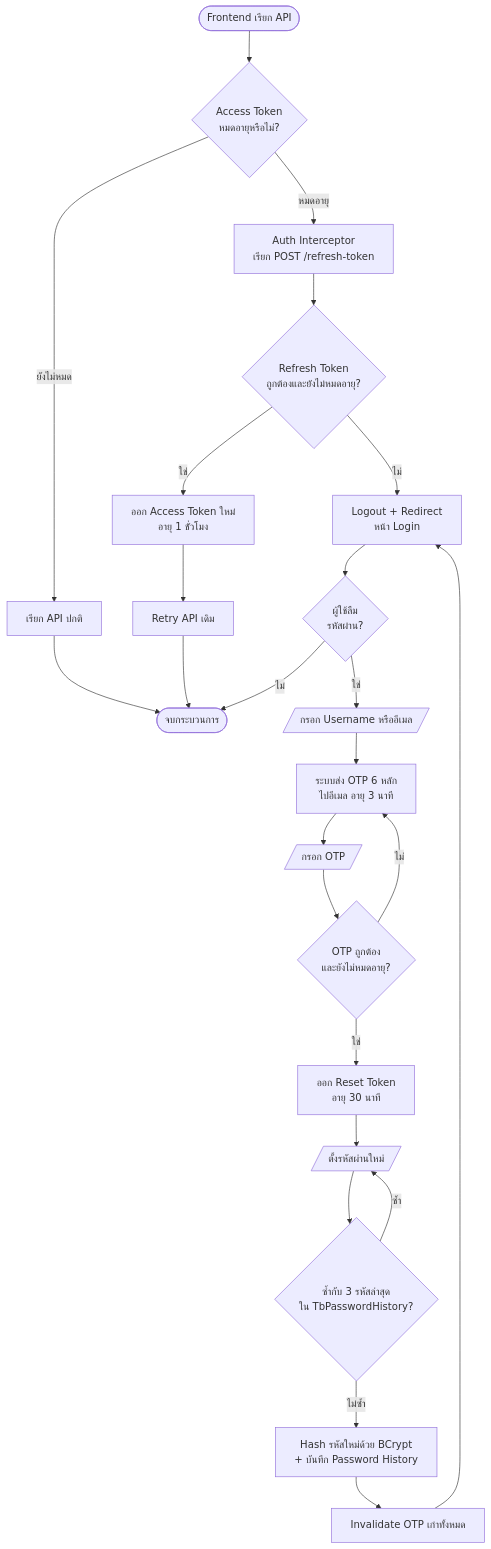
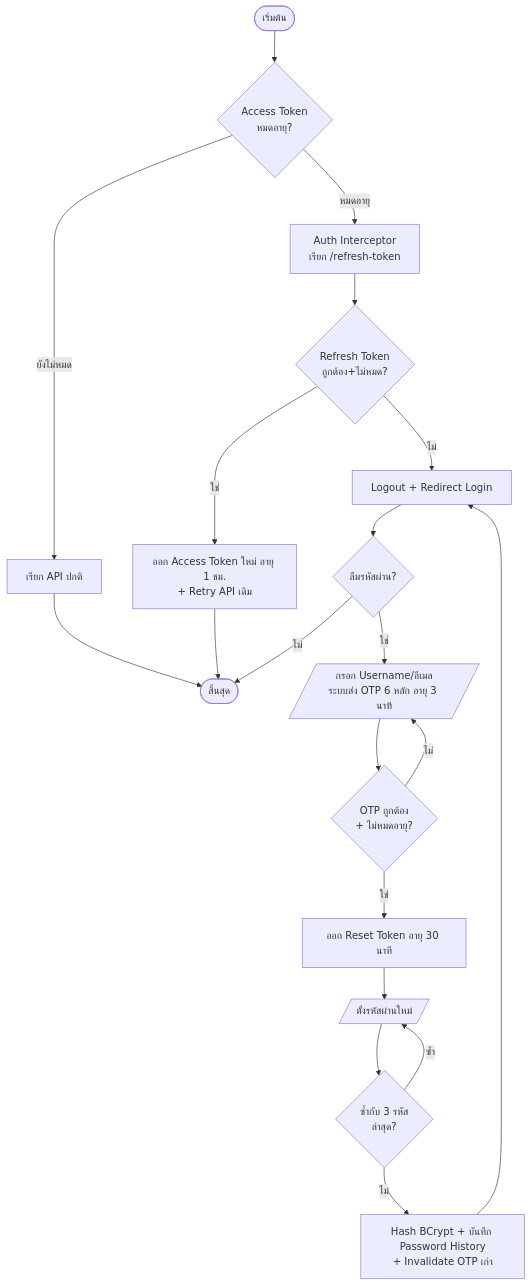
Diagram 11 of 28 in doc/report/05-chapter-3-design.md (TurkPhakim/RBMS-POS-Website), drawn with Mermaid before and after one commit. The commit also changed other lines of this file and 7 other files, not shown here.

````diff
--- a/doc/report/05-chapter-3-design.md
+++ b/doc/report/05-chapter-3-design.md
@@ -539,26 +507,22 @@
 ```mermaid
 flowchart TD
-    A([Frontend เรียก API]) --> B{Access Token<br/>หมดอายุหรือไม่?}
-    B -- ยังไม่หมด --> C[เรียก API ปกติ]
-    C --> Z([จบกระบวนการ])
-    B -- หมดอายุ --> D[Auth Interceptor<br/>เรียก POST /refresh-token]
-    D --> E{Refresh Token<br/>ถูกต้องและยังไม่หมดอายุ?}
-    E -- ใช่ --> F[ออก Access Token ใหม่<br/>อายุ 1 ชั่วโมง]
-    F --> G[Retry API เดิม]
-    G --> Z
-    E -- ไม่ --> H[Logout + Redirect<br/>หน้า Login]
-    H --> I{ผู้ใช้ลืม<br/>รหัสผ่าน?}
-    I -- ไม่ --> Z
-    I -- ใช่ --> J[/กรอก Username หรืออีเมล/]
-    J --> K[ระบบส่ง OTP 6 หลัก<br/>ไปอีเมล อายุ 3 นาที]
-    K --> L[/กรอก OTP/]
-    L --> M{OTP ถูกต้อง<br/>และยังไม่หมดอายุ?}
-    M -- ไม่ --> K
-    M -- ใช่ --> N[ออก Reset Token<br/>อายุ 30 นาที]
-    N --> O[/ตั้งรหัสผ่านใหม่/]
-    O --> P{ซ้ำกับ 3 รหัสล่าสุด<br/>ใน TbPasswordHistory?}
-    P -- ซ้ำ --> O
-    P -- ไม่ซ้ำ --> Q[Hash รหัสใหม่ด้วย BCrypt<br/>+ บันทึก Password History]
-    Q --> R[Invalidate OTP เก่าทั้งหมด]
-    R --> H
+    Start([เริ่มต้น]) --> A{Access Token<br/>หมดอายุ?}
+    A -- ยังไม่หมด --> B[เรียก API ปกติ]
+    A -- หมดอายุ --> C[Auth Interceptor<br/>เรียก /refresh-token]
+    C --> D{Refresh Token<br/>ถูกต้อง+ไม่หมด?}
+    D -- ใช่ --> E[ออก Access Token ใหม่ อายุ 1 ชม.<br/>+ Retry API เดิม]
+    D -- ไม่ --> F[Logout + Redirect Login]
+    F --> G{ลืมรหัสผ่าน?}
+    G -- ไม่ --> End([สิ้นสุด])
+    G -- ใช่ --> H[/กรอก Username/อีเมล<br/>ระบบส่ง OTP 6 หลัก อายุ 3 นาที/]
+    H --> I{OTP ถูกต้อง<br/>+ ไม่หมดอายุ?}
+    I -- ไม่ --> H
+    I -- ใช่ --> R[ออก Reset Token อายุ 30 นาที]
+    R --> J[/ตั้งรหัสผ่านใหม่/]
+    J --> K{ซ้ำกับ 3 รหัส<br/>ล่าสุด?}
+    K -- ซ้ำ --> J
+    K -- ไม่ --> L[Hash BCrypt + บันทึก Password History<br/>+ Invalidate OTP เก่า]
+    L --> F
+    B --> End
+    E --> End
 ```
````
